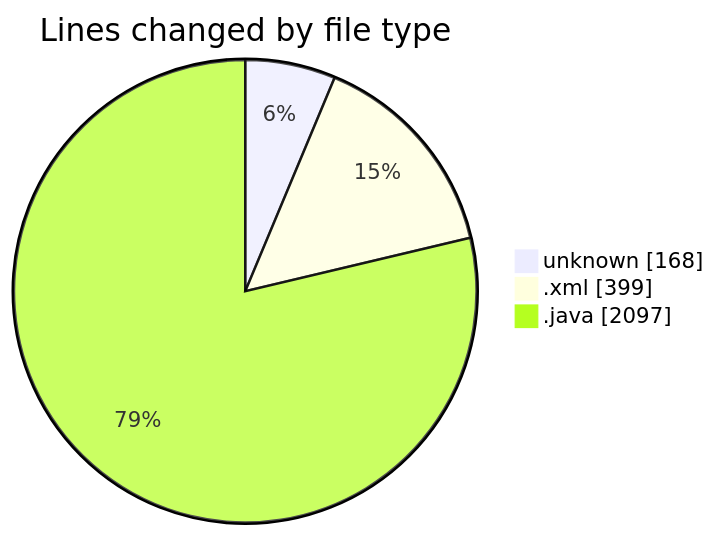
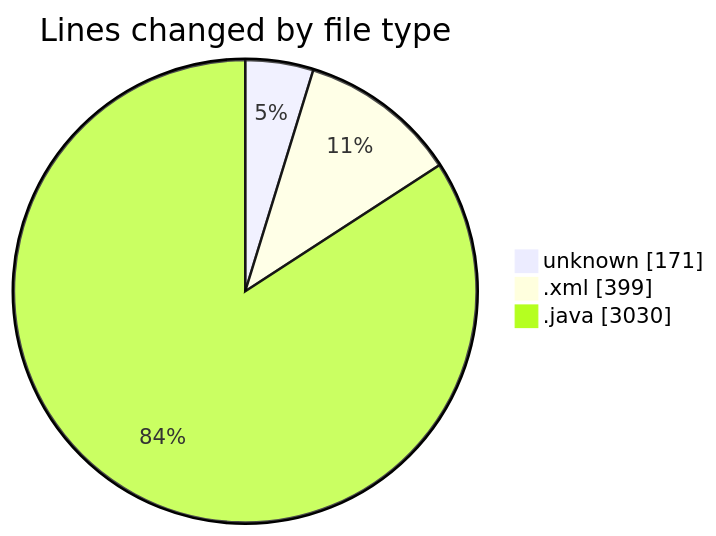
Before and after one commit to charlie-sans/code-tracking: the first of 2 diagrams in 2025-02-24/micros/README.md, drawn with Mermaid. The commit also changed other lines of this file and 1 other file, not shown here.

````diff
--- a/2025-02-24/micros/README.md
+++ b/2025-02-24/micros/README.md
@@ -28,7 +30,7 @@
 ```mermaid
 pie showData
 title Lines changed by file type
-"unknown" : 168
+"unknown" : 171
 ".xml" : 399
-".java" : 2097
+".java" : 3030
 ```
````
